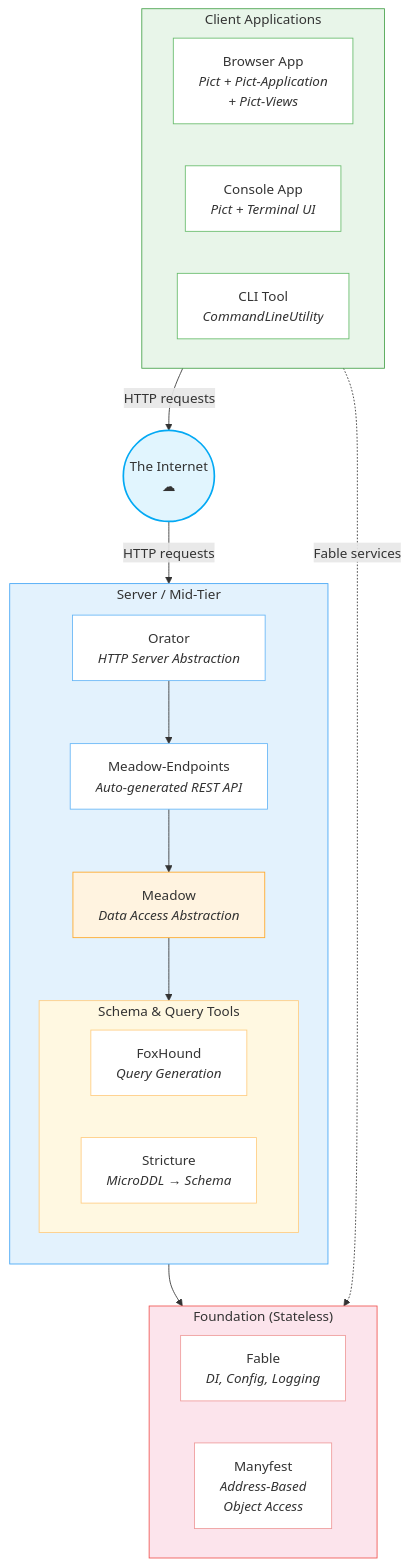
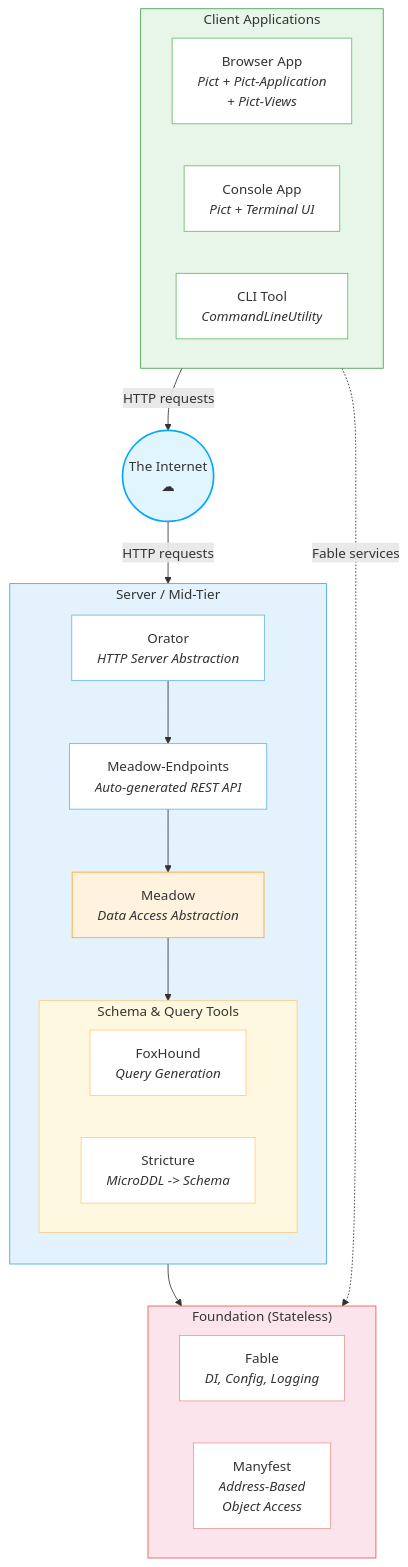
One commit to stevenvelozo/retold changed the first of 2 diagrams in docs/architecture/module-architecture.md. Above: the diagram before and after it, drawn with Mermaid. The commit also changed other lines of this file and 26 other files, not shown here.

````diff
--- a/docs/architecture/module-architecture.md
+++ b/docs/architecture/module-architecture.md
@@ -5,56 +5,56 @@
 ```mermaid
 graph TB
 	subgraph Clients["Client Applications"]
 		direction LR
 		browser["Browser App<br/><i>Pict + Pict-Application<br/>+ Pict-Views</i>"]
 		console["Console App<br/><i>Pict + Terminal UI</i>"]
 		cli["CLI Tool<br/><i>CommandLineUtility</i>"]
 	end
 
 	internet(("The Internet<br/>☁"))
 
 	subgraph Server["Server / Mid-Tier"]
 		direction TB
 		orator["Orator<br/><i>HTTP Server Abstraction</i>"]
 		endpoints["Meadow-Endpoints<br/><i>Auto-generated REST API</i>"]
 		meadow["Meadow<br/><i>Data Access Abstraction</i>"]
 
 		subgraph DataTools["Schema & Query Tools"]
 			direction LR
 			foxhound["FoxHound<br/><i>Query Generation</i>"]
-			stricture["Stricture<br/><i>MicroDDL → Schema</i>"]
+			stricture["Stricture<br/><i>MicroDDL -> Schema</i>"]
 		end
 
 		orator --> endpoints
 		endpoints --> meadow
 		meadow --> DataTools
 	end
 
 	subgraph Foundation["Foundation (Stateless)"]
 		direction LR
 		fable["Fable<br/><i>DI, Config, Logging</i>"]
 		manyfest["Manyfest<br/><i>Address-Based<br/>Object Access</i>"]
 	end
 
 	Clients -- "HTTP requests" --> internet
 	internet -- "HTTP requests" --> orator
 
 	browser -. "Fable services" .-> Foundation
 	Server --> Foundation
 
 	style Clients fill:#e8f5e9,stroke:#43a047,color:#333
 	style browser fill:#fff,stroke:#66bb6a,color:#333
 	style console fill:#fff,stroke:#66bb6a,color:#333
 	style cli fill:#fff,stroke:#66bb6a,color:#333
 	style internet fill:#e1f5fe,stroke:#03a9f4,color:#333,stroke-width:2px
 	style Server fill:#e3f2fd,stroke:#42a5f5,color:#333
 	style orator fill:#fff,stroke:#64b5f6,color:#333
 	style endpoints fill:#fff,stroke:#64b5f6,color:#333
 	style meadow fill:#fff3e0,stroke:#ffa726,color:#333
 	style DataTools fill:#fff8e1,stroke:#ffcc80,color:#333
 	style foxhound fill:#fff,stroke:#ffcc80,color:#333
 	style stricture fill:#fff,stroke:#ffcc80,color:#333
 	style Foundation fill:#fce4ec,stroke:#ef5350,color:#333
 	style fable fill:#fff,stroke:#ef9a9a,color:#333
 	style manyfest fill:#fff,stroke:#ef9a9a,color:#333
 ```
````
